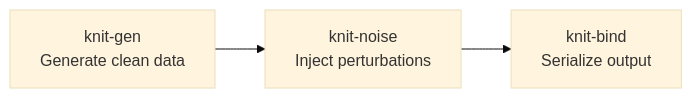
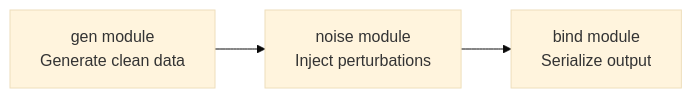
One commit to Yaming-Hub/knit changed the first of 6 diagrams in docs/design-noise.md. Above: the diagram before and after it, drawn with Mermaid (base theme). The commit also changed other lines of this file and 10 other files, not shown here.

````diff
--- a/docs/design-noise.md
+++ b/docs/design-noise.md
@@ -21,5 +21,5 @@
 ```mermaid
 flowchart LR
-    gen[knit-gen\nGenerate clean data] --> noise[knit-noise\nInject perturbations]
-    noise --> bind[knit-bind\nSerialize output]
+    gen[gen module\nGenerate clean data] --> noise[noise module\nInject perturbations]
+    noise --> bind[bind module\nSerialize output]
 ```
````
